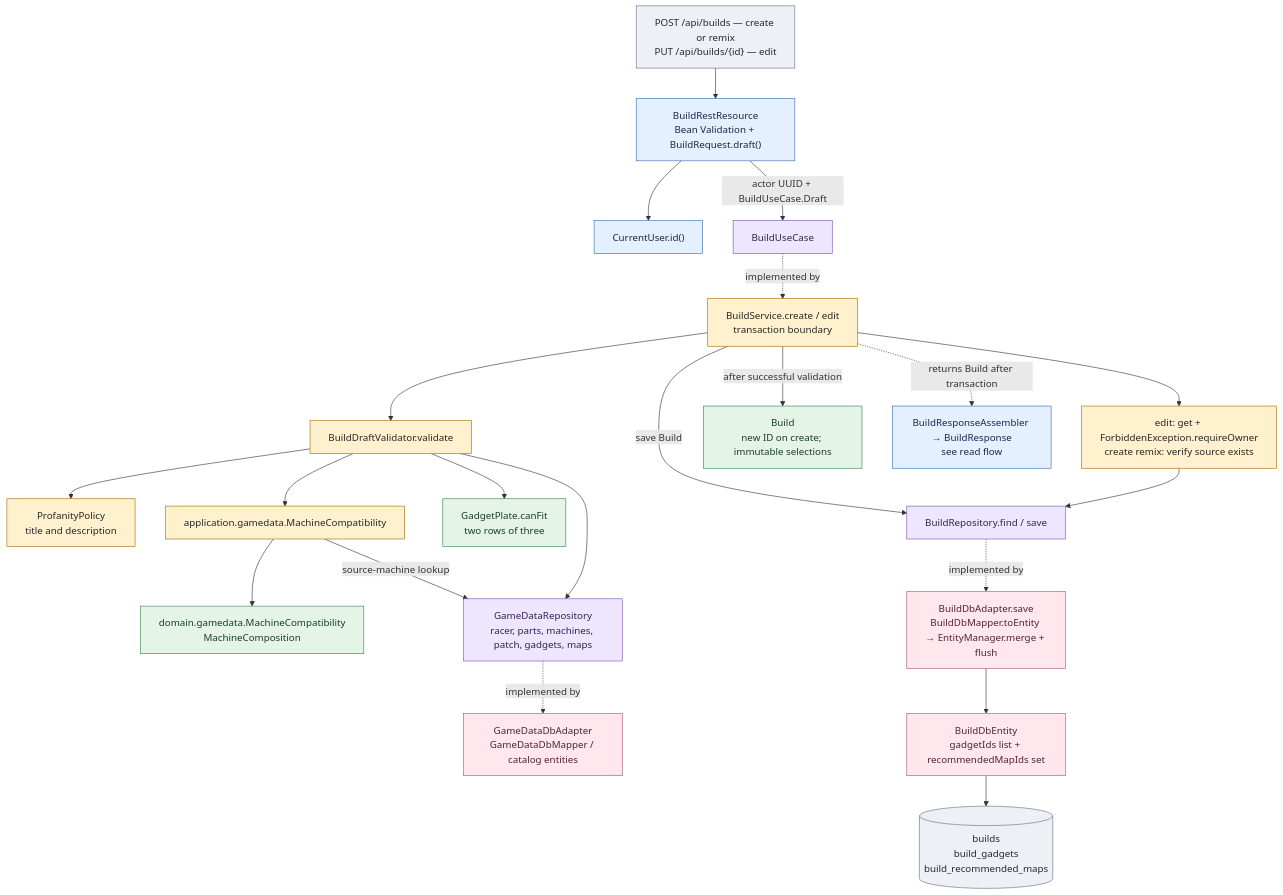
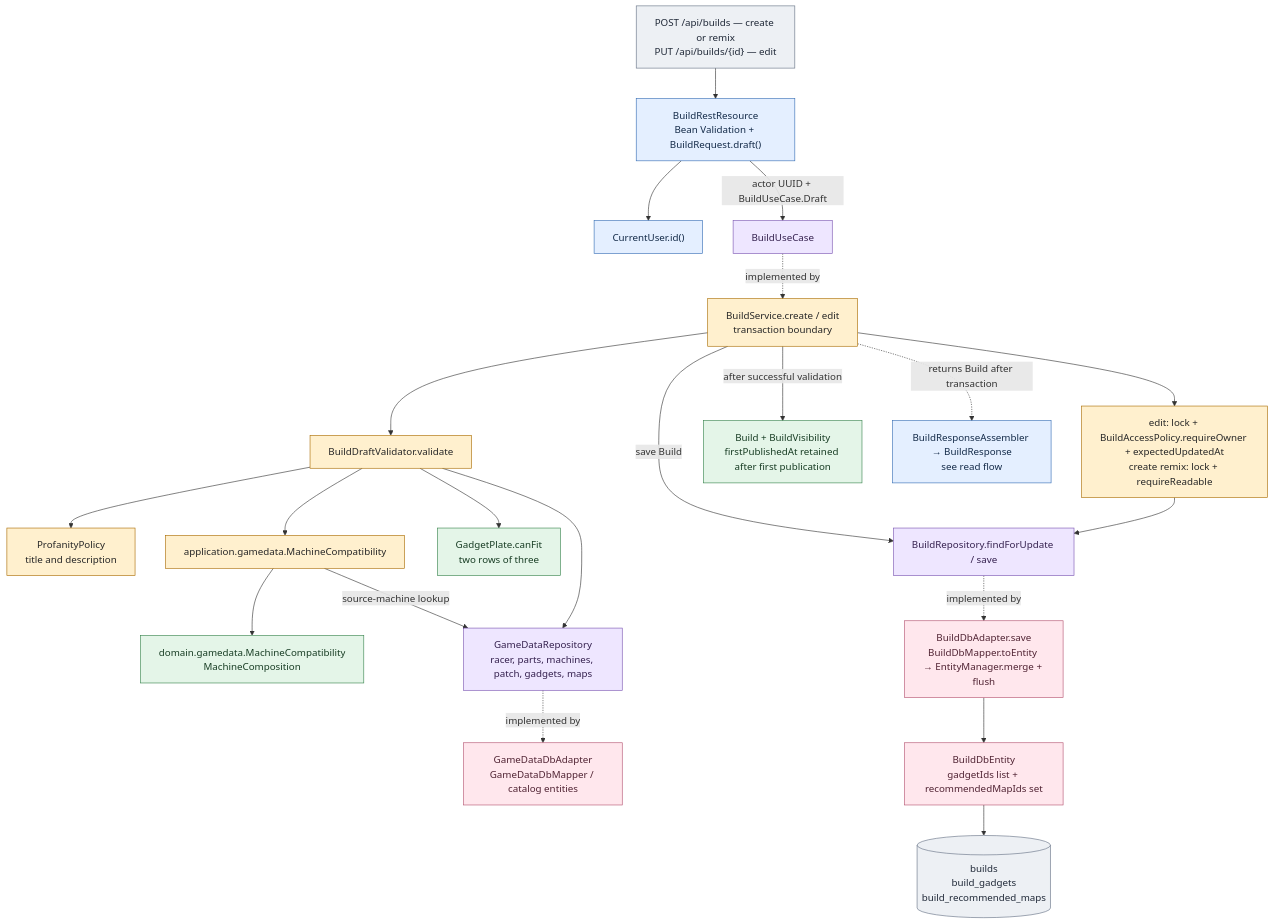
The sixth of 31 diagrams in docs/architecture-atlas.md (alexungu04genoff/RingLab), drawn with Mermaid before and after one commit. The commit also changed other lines of this file and 77 other files, not shown here.

Commit message:
feat: add private builds and publication access controls

````diff
--- a/docs/architecture-atlas.md
+++ b/docs/architecture-atlas.md
@@ -344,46 +351,46 @@
 ```mermaid
 flowchart TB
   http["POST /api/builds — create or remix<br/>PUT /api/builds/{id} — edit"]:::outside
   rest["BuildRestResource<br/>Bean Validation + BuildRequest.draft()"]:::rest
   actor["CurrentUser.id()"]:::rest
   svc["BuildService.create / edit<br/>transaction boundary"]:::app
-  existing["edit: get + ForbiddenException.requireOwner<br/>create remix: verify source exists"]:::app
+  existing["edit: lock + BuildAccessPolicy.requireOwner + expectedUpdatedAt<br/>create remix: lock + requireReadable"]:::app
   draft["BuildDraftValidator.validate"]:::app
   profanity["ProfanityPolicy<br/>title and description"]:::app
   compat["application.gamedata.MachineCompatibility"]:::app
   rules["domain.gamedata.MachineCompatibility<br/>MachineComposition"]:::domain
   plate["GadgetPlate.canFit<br/>two rows of three"]:::domain
   game["GameDataRepository<br/>racer, parts, machines, patch, gadgets, maps"]:::port
   ga["GameDataDbAdapter<br/>GameDataDbMapper / catalog entities"]:::adapter
-  build["Build<br/>new ID on create; immutable selections"]:::domain
-  repo["BuildRepository.find / save"]:::port
+  build["Build + BuildVisibility<br/>firstPublishedAt retained after first publication"]:::domain
+  repo["BuildRepository.findForUpdate / save"]:::port
   db["BuildDbAdapter.save<br/>BuildDbMapper.toEntity → EntityManager.merge + flush"]:::adapter
   entity["BuildDbEntity<br/>gadgetIds list + recommendedMapIds set"]:::adapter
   tables[("builds<br/>build_gadgets<br/>build_recommended_maps")]:::outside
   response["BuildResponseAssembler → BuildResponse<br/>see read flow"]:::rest
   http --> rest
   rest --> actor
   rest -->|"actor UUID + BuildUseCase.Draft"| input["BuildUseCase"]:::port
   input -.->|"implemented by"| svc
   svc --> existing
   existing --> repo
   svc --> draft
   draft --> profanity
   draft --> compat
   compat --> rules
   draft --> plate
   draft --> game
   compat -->|"source-machine lookup"| game
   game -.->|"implemented by"| ga
   svc -->|"after successful validation"| build
   svc -->|"save Build"| repo
   repo -.->|"implemented by"| db
   db --> entity --> tables
   svc -.->|"returns Build after transaction"| response
   classDef rest fill:#e4efff,stroke:#356db4,color:#142b49
   classDef app fill:#fff0ce,stroke:#a96b00,color:#272727
   classDef domain fill:#e4f5e8,stroke:#37834c,color:#183d24
   classDef port fill:#eee6ff,stroke:#7954b1,color:#35214f
   classDef adapter fill:#ffe7ed,stroke:#b45370,color:#502333
   classDef outside fill:#edf0f4,stroke:#657184,color:#202938
 ```
````
